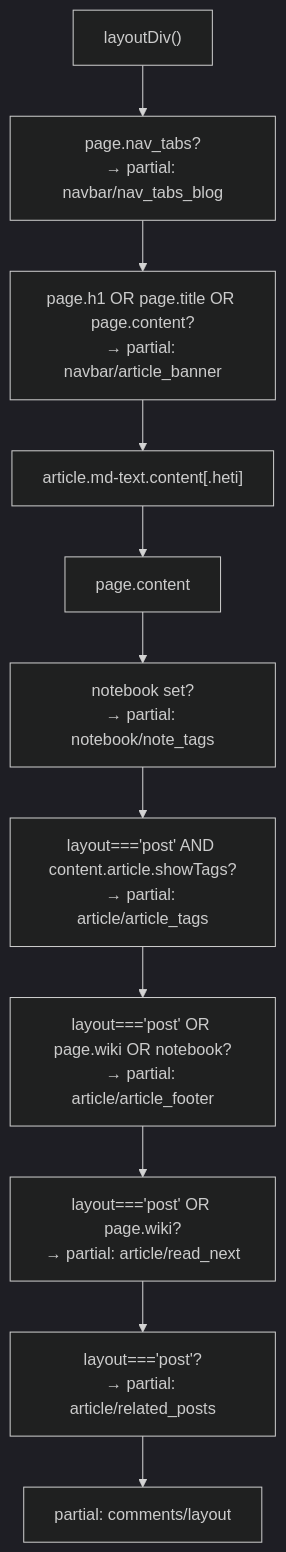
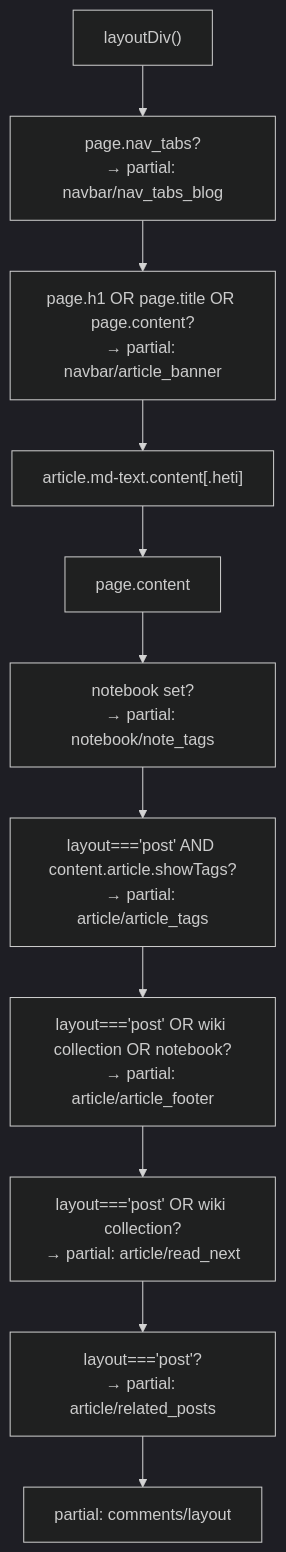
Before and after one commit to xaoxuu/hexo-theme-stellar: the fifth of 5 diagrams in docs/knowledge/02-布局系统/page-templates-routing.md, drawn with Mermaid (dark theme). The commit also changed other lines of this file and 101 other files, not shown here.

````diff
--- a/docs/knowledge/02-布局系统/page-templates-routing.md
+++ b/docs/knowledge/02-布局系统/page-templates-routing.md
@@ -170,13 +170,13 @@
 ```mermaid
 flowchart TD
     START["layoutDiv()"] --> NAVTABS["page.nav_tabs?\n→ partial: navbar/nav_tabs_blog"]
     NAVTABS --> BANNER["page.h1 OR page.title OR page.content?\n→ partial: navbar/article_banner"]
     BANNER --> ARTICLE["article.md-text.content[.heti]"]
     ARTICLE --> CONTENT["page.content"]
     CONTENT --> NOTETAGS["notebook set?\n→ partial: notebook/note_tags"]
     NOTETAGS --> TAGS["layout==='post' AND content.article.showTags?\n→ partial: article/article_tags"]
-    TAGS --> FOOTER["layout==='post' OR page.wiki OR notebook?\n→ partial: article/article_footer"]
-    FOOTER --> READNEXT["layout==='post' OR page.wiki?\n→ partial: article/read_next"]
+    TAGS --> FOOTER["layout==='post' OR wiki collection OR notebook?\n→ partial: article/article_footer"]
+    FOOTER --> READNEXT["layout==='post' OR wiki collection?\n→ partial: article/read_next"]
     READNEXT --> RELATED["layout==='post'?\n→ partial: article/related_posts"]
     RELATED --> COMMENTS["partial: comments/layout"]
 ```
````
